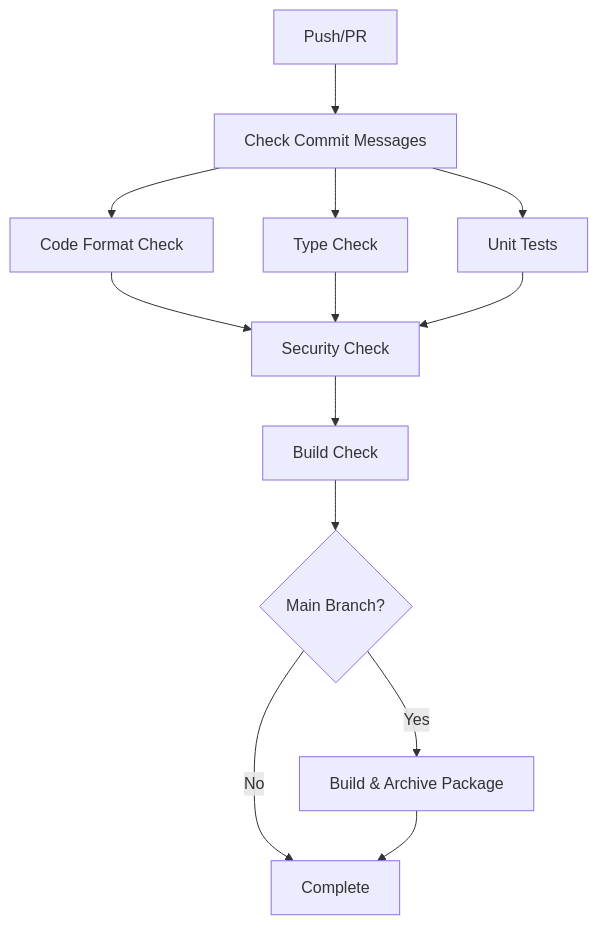
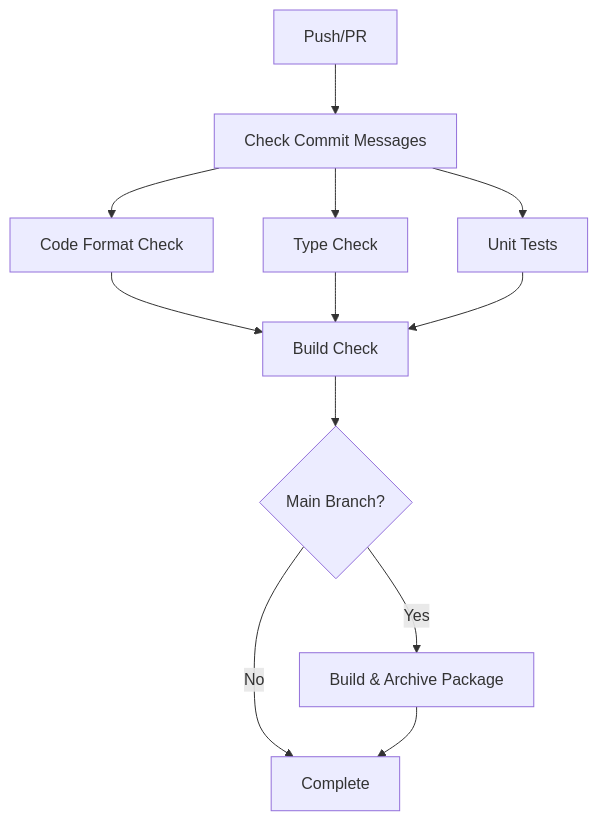
One commit to Sz-Ltc/CICD-Test-v2 changed the diagram in README.md. Above: the diagram before and after it, drawn with Mermaid. The commit also changed other lines of this file and 2 other files, not shown here.

````diff
--- a/README.md
+++ b/README.md
@@ -134,15 +134,14 @@
 ```mermaid
 graph TD
     A[Push/PR] --> B[Check Commit Messages]
     B --> C[Code Format Check]
     B --> D[Type Check]
     B --> E[Unit Tests]
-    C --> F[Security Check]
-    D --> F
-    E --> F
-    F --> G[Build Check]
+    C --> G[Build Check]
+    D --> G
+    E --> G
     G --> H{Main Branch?}
     H -->|Yes| I[Build & Archive Package]
     H -->|No| J[Complete]
     I --> J
 ```
````
